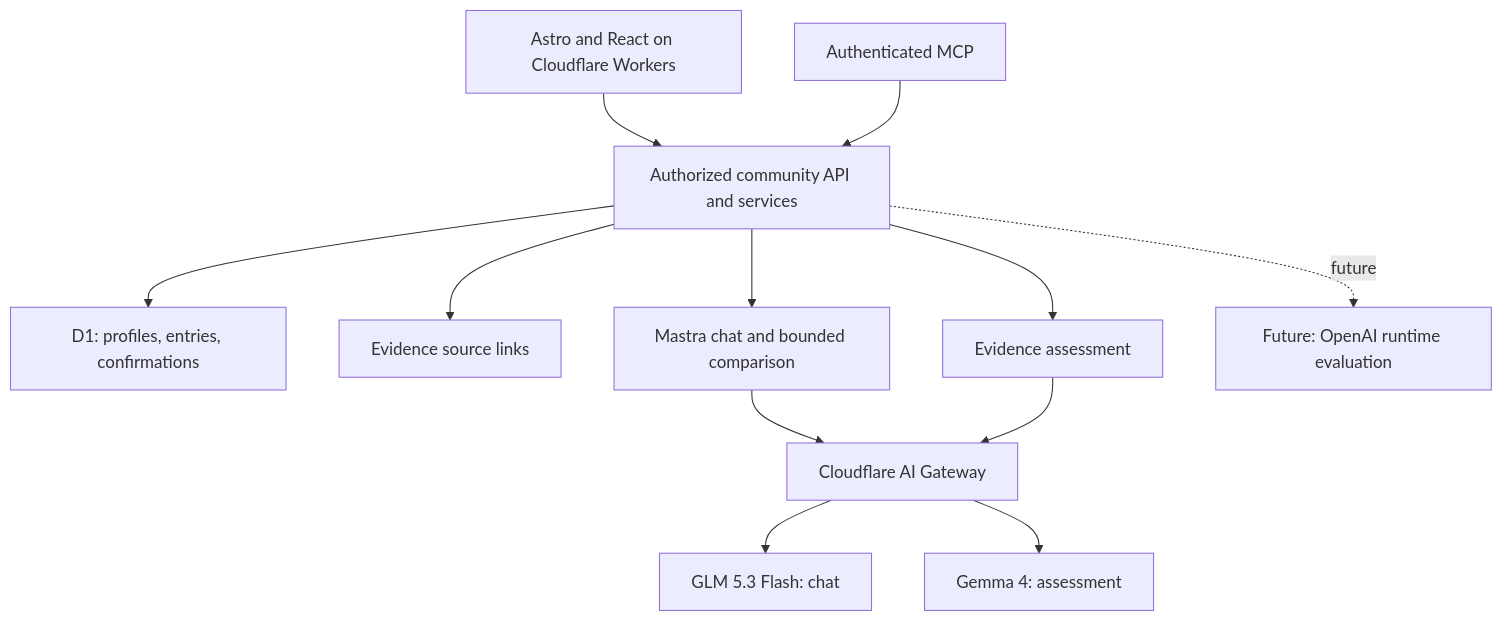
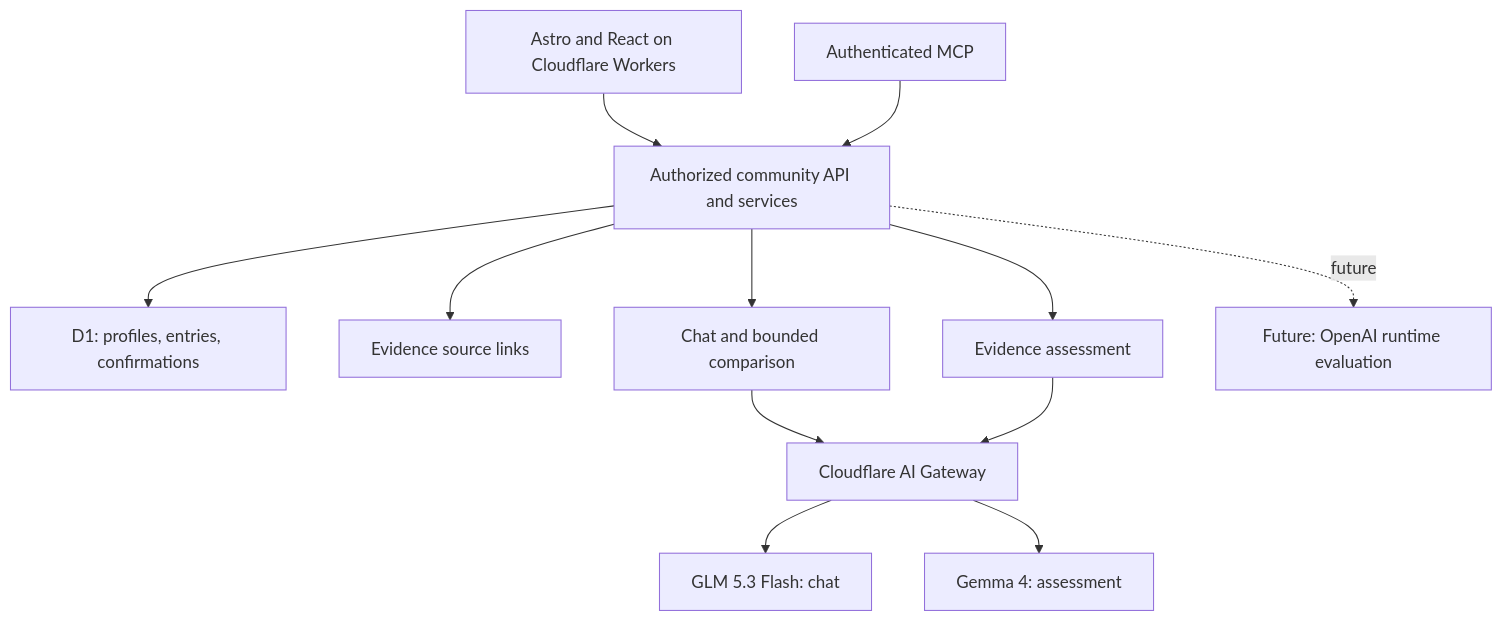
One commit to Tembo-Tech-Ventures/ttv-website changed the diagram in web/public/hackathon/architecture.mmd. Above: the diagram before and after it, drawn with Mermaid. The commit also changed 8 other files, not shown here.

First line of the commit message:
Run community chat on the AI SDK's tool loop and drop @mastra/core

```diff
--- a/web/public/hackathon/architecture.mmd
+++ b/web/public/hackathon/architecture.mmd
@@ -1,15 +1,15 @@
 flowchart TB
   accTitle: Community application and model routes
-  accDescr: Astro and React web interfaces and authenticated MCP use shared access controlled community services and D1 records. Optional chat uses Mastra and GLM. Assessment uses Gemma. Both go through Cloudflare AI Gateway. OpenAI runtime evaluation is future work.
+  accDescr: Astro and React web interfaces and authenticated MCP use shared access controlled community services and D1 records. Optional chat uses GLM. Assessment uses Gemma. Both go through Cloudflare AI Gateway. OpenAI runtime evaluation is future work.
   W[Astro and React on Cloudflare Workers] --> S[Authorized community API and services]
   X[Authenticated MCP] --> S
   S --> D[D1: profiles, entries, confirmations]
   S --> L[Evidence source links]
-  S --> C[Mastra chat and bounded comparison]
+  S --> C[Chat and bounded comparison]
   S --> E[Evidence assessment]
   C --> G[Cloudflare AI Gateway]
   E --> G
   G --> GL[GLM 5.3 Flash: chat]
   G --> GE[Gemma 4: assessment]
   F[Future: OpenAI runtime evaluation]
   S -. future .-> F
```
